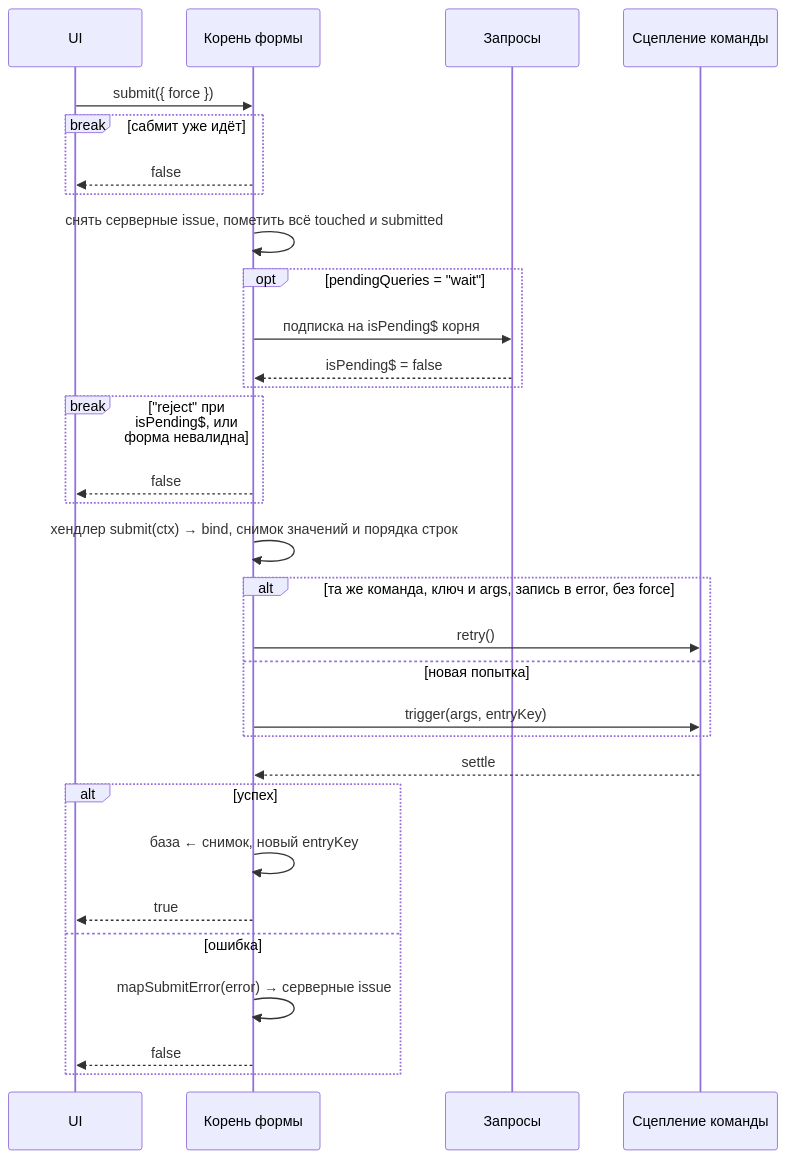
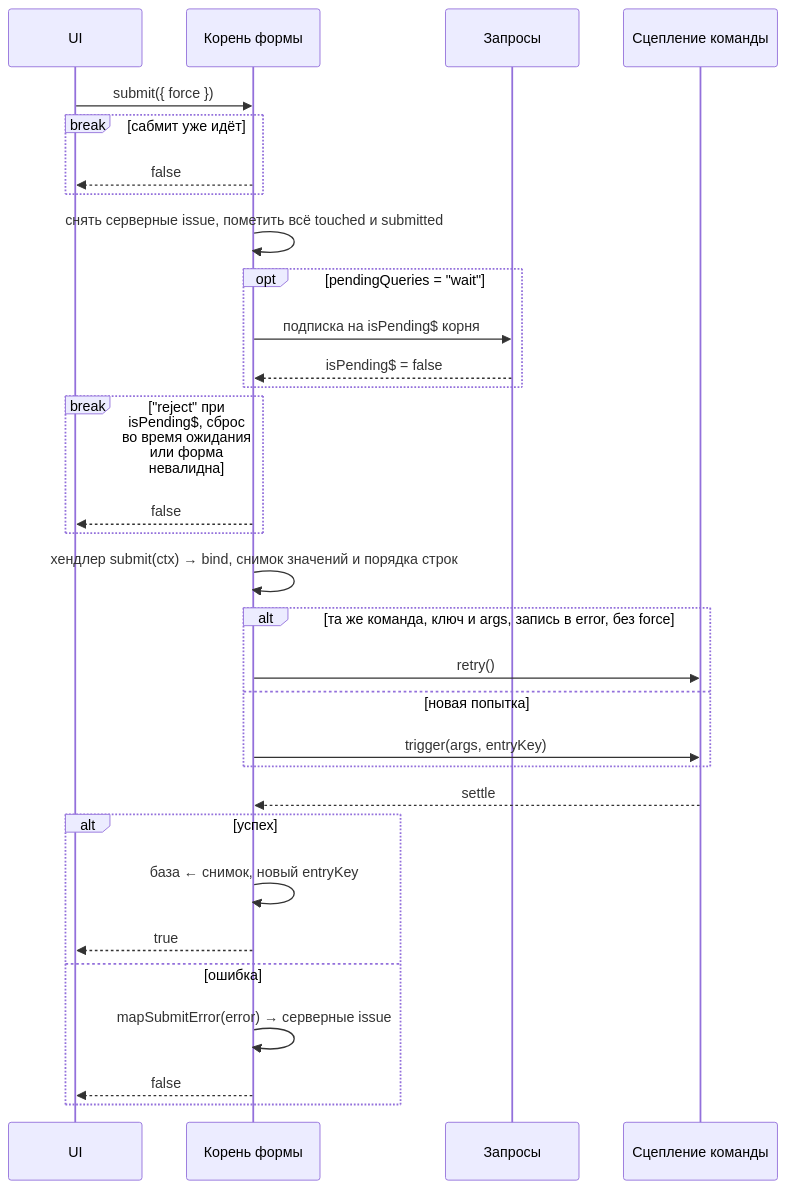
One commit to fozy-labs/rx-toolkit changed the diagram in docs/form/submit.md. Above: the diagram before and after it, drawn with Mermaid. The commit also changed other lines of this file and 2 other files, not shown here.

Commit message:
fix(form): stop a submit attempt superseded while it waits for queries
A root reset() or initialize() during the preparing phase only set the
superseded flag; after the wait the attempt still called the handler and
sent values the user never submitted. The wait now ends as soon as the
attempt is superseded, and the attempt resolves false without calling
the handler.

````diff
--- a/docs/form/submit.md
+++ b/docs/form/submit.md
@@ -19,33 +19,33 @@
 ```mermaid
 sequenceDiagram
     participant UI
     participant F as Корень формы
     participant Q as Запросы
     participant C as Сцепление команды
     UI->>F: submit({ force })
     break сабмит уже идёт
         F-->>UI: false
     end
     F->>F: снять серверные issue, пометить всё touched и submitted
     opt pendingQueries = "wait"
         F->>Q: подписка на isPending$ корня
         Q-->>F: isPending$ = false
     end
-    break "reject" при isPending$, или форма невалидна
+    break "reject" при isPending$, сброс во время ожидания или форма невалидна
         F-->>UI: false
     end
     F->>F: хендлер submit(ctx) → bind, снимок значений и порядка строк
     alt та же команда, ключ и args, запись в error, без force
         F->>C: retry()
     else новая попытка
         F->>C: trigger(args, entryKey)
     end
     C-->>F: settle
     alt успех
         F->>F: база ← снимок, новый entryKey
         F-->>UI: true
     else ошибка
         F->>F: mapSubmitError(error) → серверные issue
         F-->>UI: false
     end
 ```
````
